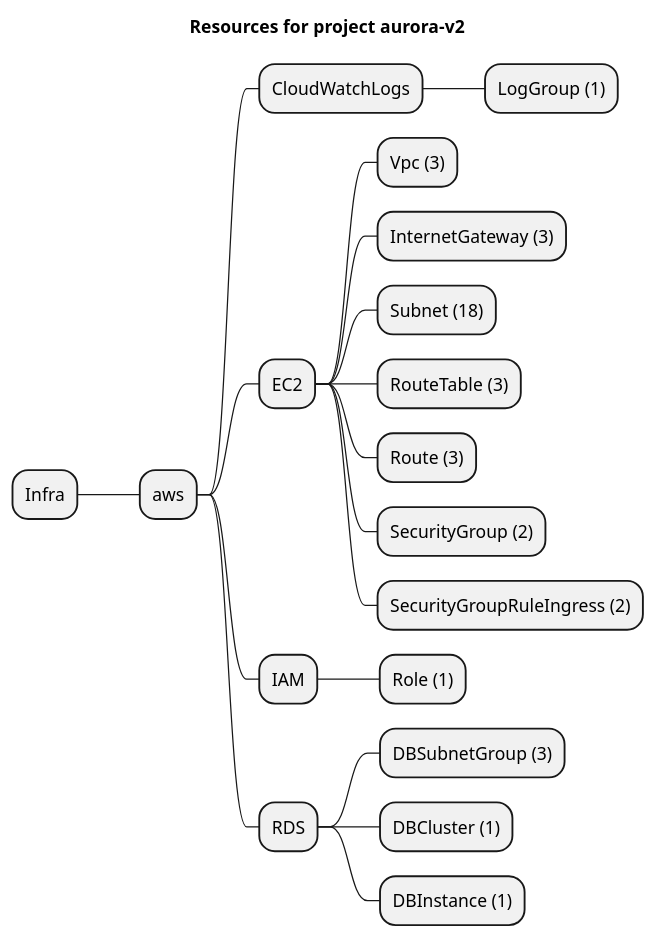
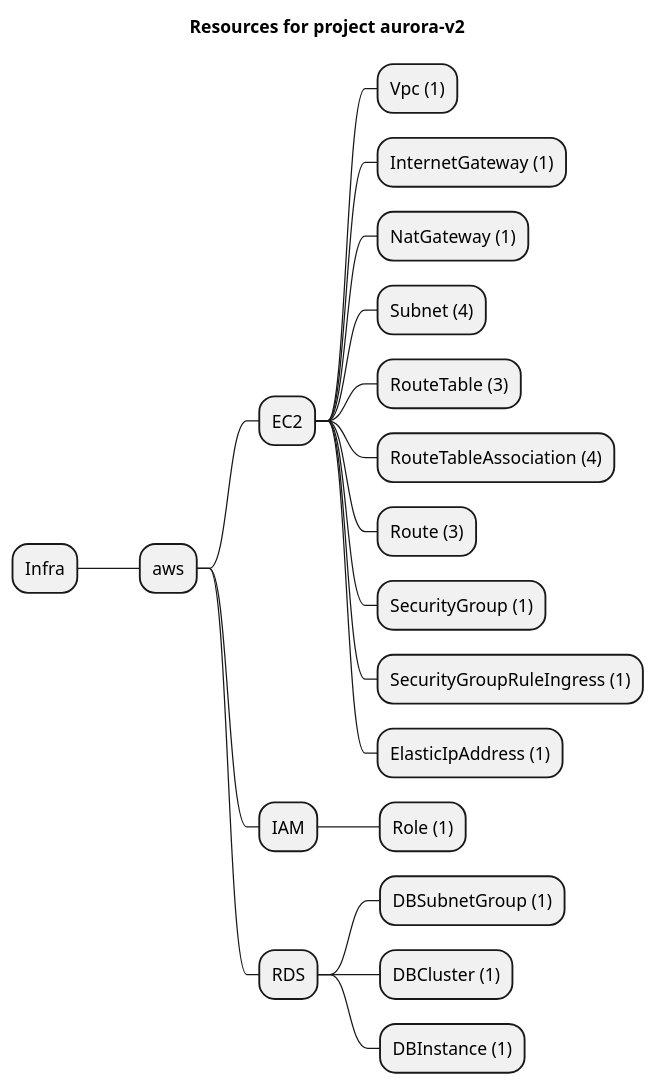
One commit to grucloud/grucloud changed the diagram in examples/aws/RDS/aurora-v2/artifacts/resources-mindmap.puml. Above: the diagram before and after it, drawn with PlantUML. The commit also changed 101 other files, not shown here.

Commit message:
cloudfront + security group fix + s3 diff fix

```diff
--- a/examples/aws/RDS/aurora-v2/artifacts/resources-mindmap.puml
+++ b/examples/aws/RDS/aurora-v2/artifacts/resources-mindmap.puml
@@ -1,22 +1,23 @@
 @startmindmap
 title Resources for project aurora-v2
 skinparam monochrome true
 + Infra
 ++ aws
-+++ CloudWatchLogs
-++++ LogGroup (1)
 +++ EC2
-++++ Vpc (3)
-++++ InternetGateway (3)
-++++ Subnet (18)
+++++ Vpc (1)
+++++ InternetGateway (1)
+++++ NatGateway (1)
+++++ Subnet (4)
 ++++ RouteTable (3)
+++++ RouteTableAssociation (4)
 ++++ Route (3)
-++++ SecurityGroup (2)
-++++ SecurityGroupRuleIngress (2)
+++++ SecurityGroup (1)
+++++ SecurityGroupRuleIngress (1)
+++++ ElasticIpAddress (1)
 +++ IAM
 ++++ Role (1)
 +++ RDS
-++++ DBSubnetGroup (3)
+++++ DBSubnetGroup (1)
 ++++ DBCluster (1)
 ++++ DBInstance (1)
 @endmindmap
```
